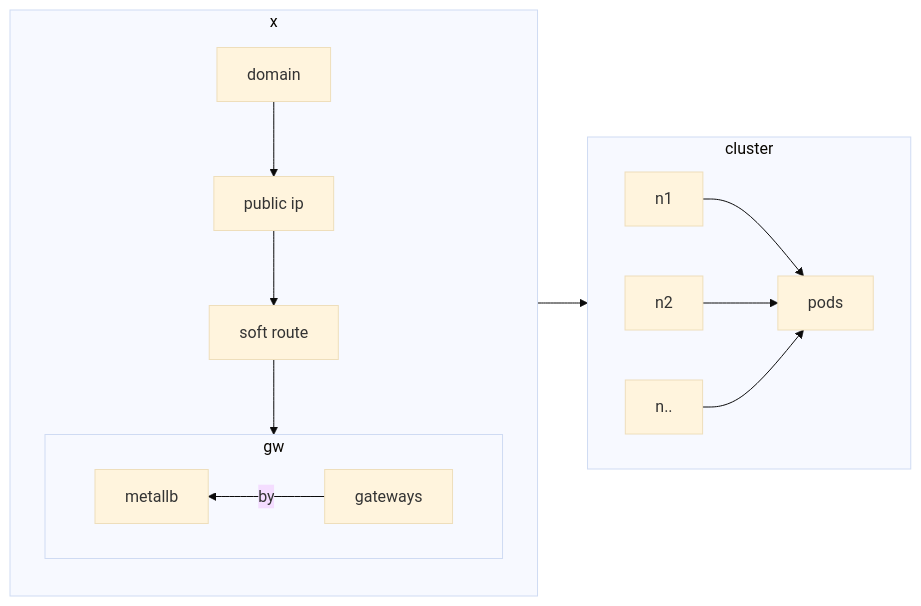
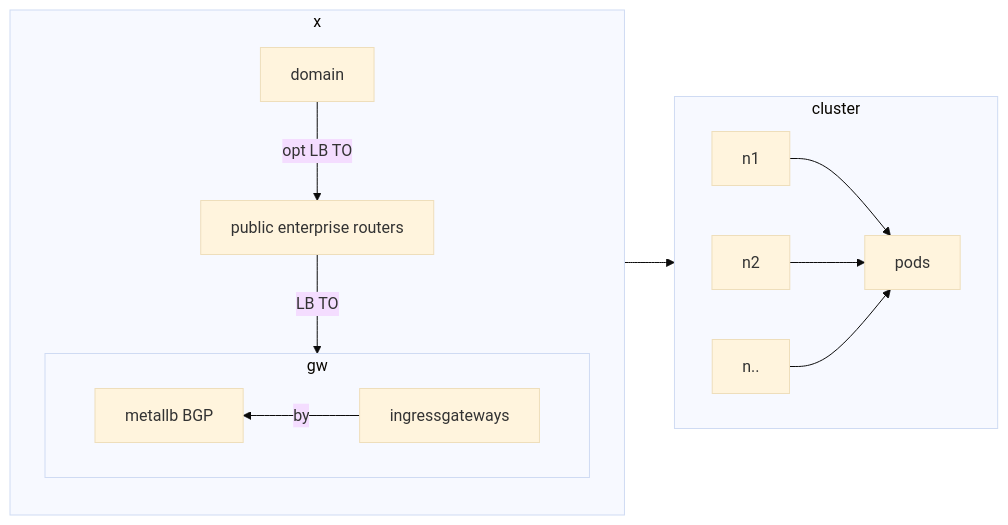
One commit to chanchan098/Docs changed the first of 3 diagrams in operation/0-to-public-net-single-cluster.md. Above: the diagram before and after it, drawn with Mermaid (base theme). The commit also changed other lines of this file and 3 other files, not shown here.

````diff
--- a/operation/0-to-public-net-single-cluster.md
+++ b/operation/0-to-public-net-single-cluster.md
@@ -4,17 +4,17 @@
 ```mermaid
 flowchart  LR
     subgraph x
         direction TB
-        domain --> 1[public ip] --> sr[soft route] --> gw
+        domain -->|opt LB TO| er[public enterprise routers] -->|LB TO| gw
     end
     subgraph gw
         direction RL
-        gateways -->|by| metallb 
+        ingressgateways -->|by| mb[metallb BGP]
     end
     subgraph cluster
         direction LR
         n1 & n2 & n.. --> pods
     end
     x --> cluster
 
 ```
````
